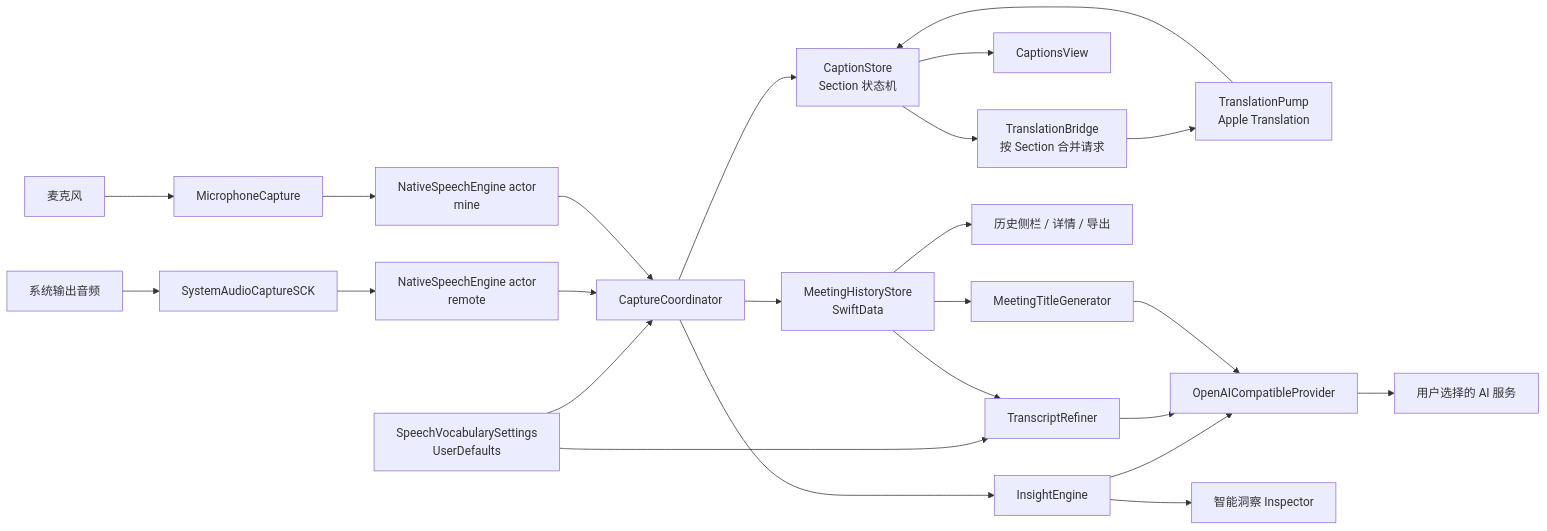
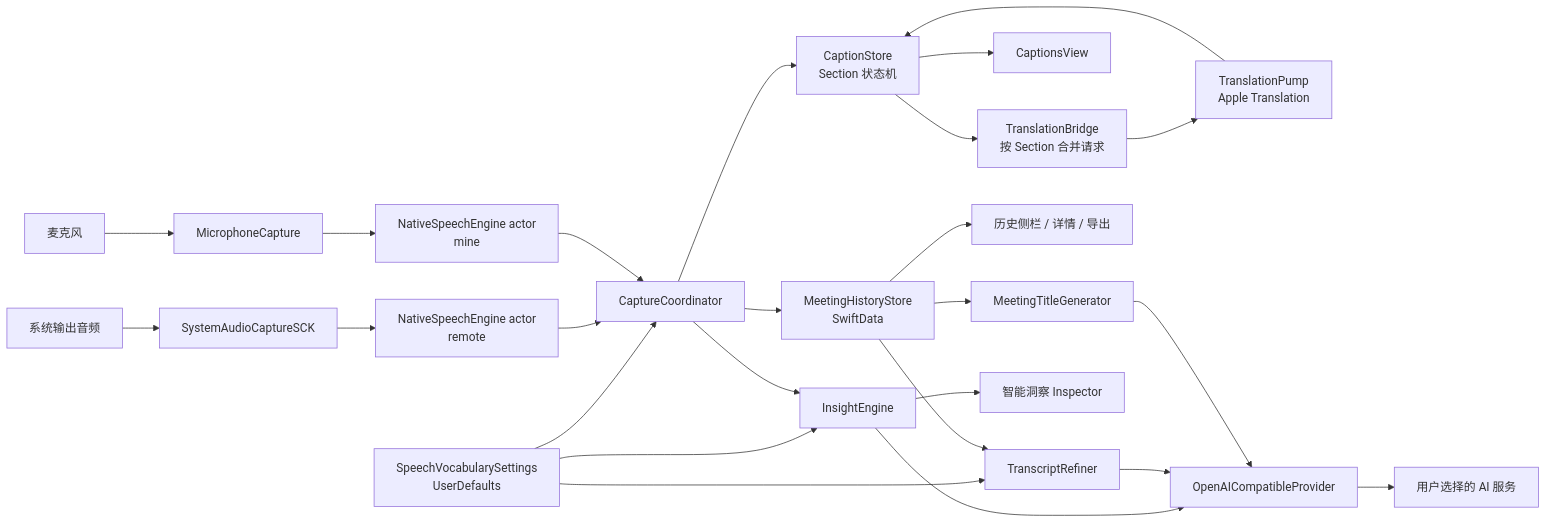
One commit to zjhch123/SameWave changed the diagram in doc/01-项目全景与架构.md. Above: the diagram before and after it, drawn with Mermaid. The commit also changed other lines of this file and 9 other files, not shown here.

````diff
--- a/doc/01-项目全景与架构.md
+++ b/doc/01-项目全景与架构.md
@@ -50,26 +50,27 @@
 ```mermaid
 flowchart LR
     SYS[系统输出音频] --> SCK[SystemAudioCaptureSCK]
     MIC[麦克风] --> MC[MicrophoneCapture]
     VS[SpeechVocabularySettings\nUserDefaults] --> CO
+    VS --> IE
     VS --> TR
     SCK --> ASR1[NativeSpeechEngine actor\nremote]
     MC --> ASR2[NativeSpeechEngine actor\nmine]
     ASR1 --> CO[CaptureCoordinator]
     ASR2 --> CO
     CO --> CS[CaptionStore\nSection 状态机]
     CS --> CV[CaptionsView]
     CS --> TB[TranslationBridge\n按 Section 合并请求]
     TB --> TP[TranslationPump\nApple Translation]
     TP --> CS
     CO --> HS[MeetingHistoryStore\nSwiftData]
     HS --> SIDE[历史侧栏 / 详情 / 导出]
     CO --> IE[InsightEngine]
     HS --> TR[TranscriptRefiner]
     HS --> TG[MeetingTitleGenerator]
     IE --> OP[OpenAICompatibleProvider]
     TR --> OP
     TG --> OP
     OP --> CLOUD[用户选择的 AI 服务]
     IE --> INS[智能洞察 Inspector]
 ```
````
